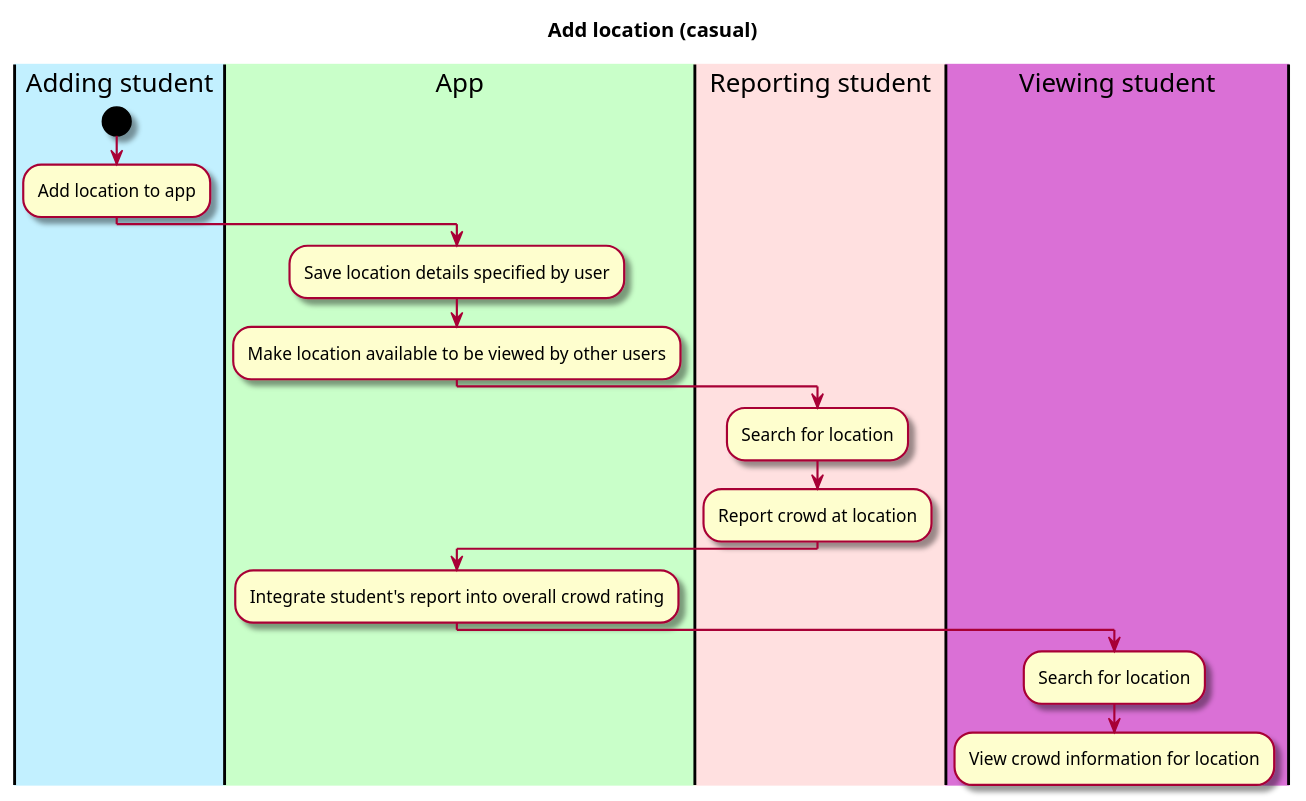
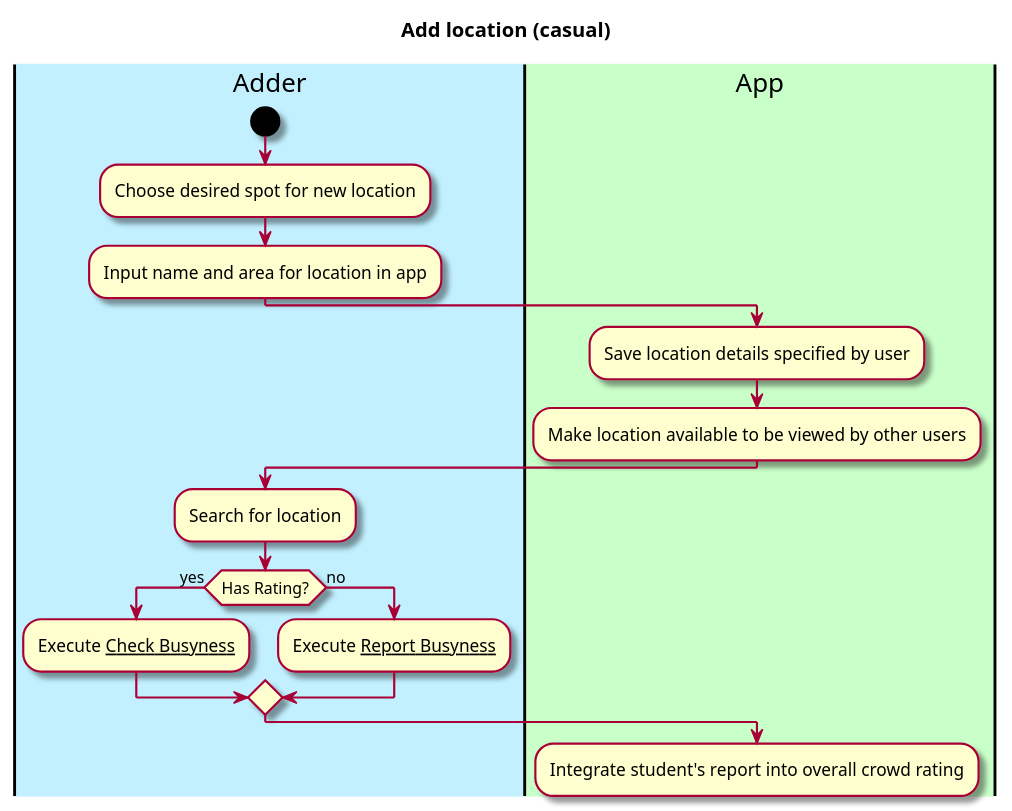
One commit to manoushpajouh/Vassar-Crowdmeter changed the diagram in intellij/documentation/use_cases/add_location.md. Above: the diagram before and after it, drawn with PlantUML. The commit also changed other lines of this file, not shown here.

Commit message:
update uml diagram to be just adder and app

````diff
--- a/intellij/documentation/use_cases/add_location.md
+++ b/intellij/documentation/use_cases/add_location.md
@@ -26,34 +27,36 @@
 ```plantuml
 @startuml
 
 skin rose
 
 title Add location (casual)
 
 'define the lanes
-|#application|Adding student|
+|#application|Adder|
 |#technology|App|
-|#implementation|Reporting student|
-|#orchid|Viewing student|
 
-|Adding student|
+|Adder|
 start
-:Add location to app;
+:Choose desired spot for new location;
+:Input name and area for location in app;
 
 |App|
 :Save location details specified by user; 
 :Make location available to be viewed by other users;
 
-|Reporting student|
+|Adder|
 :Search for location; 
-:Report crowd at location;
+
+if (Has Rating?) then (yes)
+:Execute __Check Busyness__;
+else (no)
+:Execute __Report Busyness__;
+endif
+
 
 |App|
 :Integrate student's report into overall crowd rating;
 
-|Viewing student|
-:Search for location; 
-:View crowd information for location; 
 
 @enduml
 ```
````
